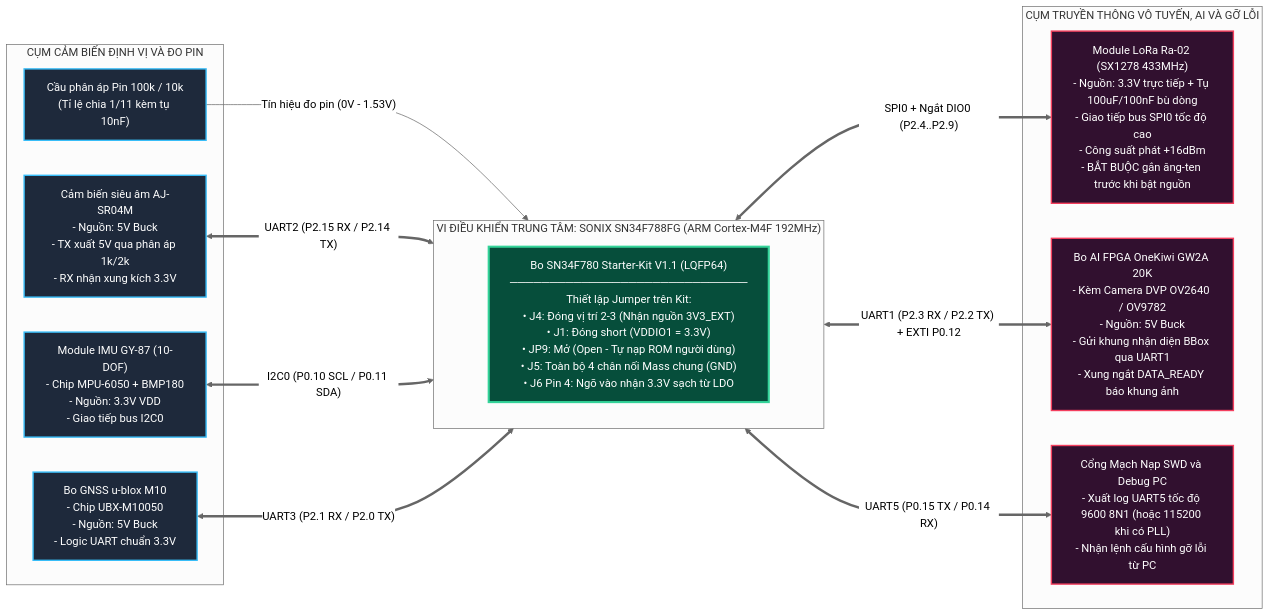
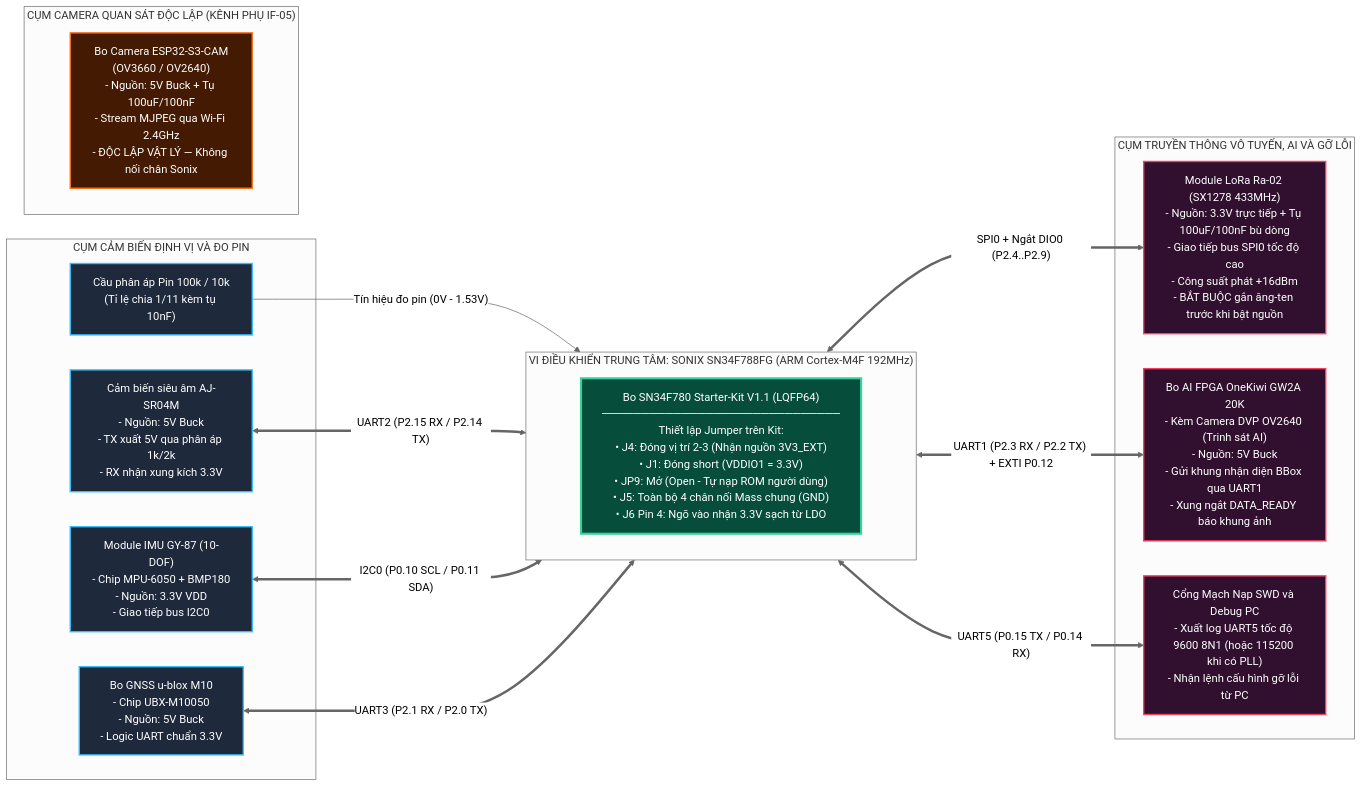
The first of 10 diagrams in docs/hardware/wiring/KVC_CIRCUIT_SCHEMATIC_GUIDE.md (duyphong375/uav_payload), drawn with Mermaid (neutral theme) before and after one commit. The commit also changed other lines of this file and 50 other files, not shown here.

Commit message:
docs: bo Replay khoi UI, bo sung IF-05 ESP32-S3-CAM, dong bo trang thai ky thuat

````diff
--- a/docs/hardware/wiring/KVC_CIRCUIT_SCHEMATIC_GUIDE.md
+++ b/docs/hardware/wiring/KVC_CIRCUIT_SCHEMATIC_GUIDE.md
@@ -45,48 +48,55 @@
 ```mermaid
 flowchart LR
     %% KHỐI BÊN TRÁI: CẢM BIẾN & ĐO PIN
     subgraph LEFT_SIDE ["CỤM CẢM BIẾN ĐỊNH VỊ VÀ ĐO PIN"]
         BAT_DIV["Cầu phân áp Pin 100k / 10k<br/>(Tỉ lệ chia 1/11 kèm tụ 10nF)"]
 
         US_MOD["Cảm biến siêu âm AJ-SR04M<br/>- Nguồn: 5V Buck<br/>- TX xuất 5V qua phân áp 1k/2k<br/>- RX nhận xung kích 3.3V"]
 
         IMU_MOD["Module IMU GY-87 (10-DOF)<br/>- Chip MPU-6050 + BMP180<br/>- Nguồn: 3.3V VDD<br/>- Giao tiếp bus I2C0"]
 
         GPS_MOD["Bo GNSS u-blox M10<br/>- Chip UBX-M10050<br/>- Nguồn: 5V Buck<br/>- Logic UART chuẩn 3.3V"]
     end
 
     %% KHỐI TRUNG TÂM: VI ĐIỀU KHIỂN SONIX
     subgraph CENTER_MCU ["VI ĐIỀU KHIỂN TRUNG TÂM: SONIX SN34F788FG (ARM Cortex-M4F 192MHz)"]
         direction TB
         MCU["Bo SN34F780 Starter-Kit V1.1 (LQFP64)<br/>──────────────────────────────<br/>Thiết lập Jumper trên Kit:<br/>• J4: Đóng vị trí 2-3 (Nhận nguồn 3V3_EXT)<br/>• J1: Đóng short (VDDIO1 = 3.3V)<br/>• JP9: Mở (Open - Tự nạp ROM người dùng)<br/>• J5: Toàn bộ 4 chân nối Mass chung (GND)<br/>• J6 Pin 4: Ngõ vào nhận 3.3V sạch từ LDO"]
     end
 
     %% KHỐI BÊN PHẢI: TRUYỀN THÔNG, AI & DEBUG
     subgraph RIGHT_SIDE ["CỤM TRUYỀN THÔNG VÔ TUYẾN, AI VÀ GỠ LỖI"]
         LORA_MOD["Module LoRa Ra-02 (SX1278 433MHz)<br/>- Nguồn: 3.3V trực tiếp + Tụ 100uF/100nF bù dòng<br/>- Giao tiếp bus SPI0 tốc độ cao<br/>- Công suất phát +16dBm<br/>- BẮT BUỘC gắn ăng-ten trước khi bật nguồn"]
 
-        FPGA_MOD["Bo AI FPGA OneKiwi GW2A 20K<br/>- Kèm Camera DVP OV2640 / OV9782<br/>- Nguồn: 5V Buck<br/>- Gửi khung nhận diện BBox qua UART1<br/>- Xung ngắt DATA_READY báo khung ảnh"]
+        FPGA_MOD["Bo AI FPGA OneKiwi GW2A 20K<br/>- Kèm Camera DVP OV2640 (Trinh sát AI)<br/>- Nguồn: 5V Buck<br/>- Gửi khung nhận diện BBox qua UART1<br/>- Xung ngắt DATA_READY báo khung ảnh"]
 
         DEBUG_MOD["Cổng Mạch Nạp SWD và Debug PC<br/>- Xuất log UART5 tốc độ 9600 8N1 (hoặc 115200 khi có PLL)<br/>- Nhận lệnh cấu hình gỡ lỗi từ PC"]
+    end
+
+    %% KHỐI ĐỘC LẬP: CAMERA QUAN SÁT PHỤ
+    subgraph S3_SIDE ["CỤM CAMERA QUAN SÁT ĐỘC LẬP (KÊNH PHỤ IF-05)"]
+        S3CAM_MOD["Bo Camera ESP32-S3-CAM<br/>(OV3660 / OV2640)<br/>- Nguồn: 5V Buck + Tụ 100uF/100nF<br/>- Stream MJPEG qua Wi-Fi 2.4GHz<br/>- ĐỘC LẬP VẬT LÝ — Không nối chân Sonix"]
     end
 
     %% ĐƯỜNG KẾT NỐI TÍN HIỆU TỪ TRÁI VÀO MCU
     BAT_DIV -->|"Tín hiệu đo pin (0V - 1.53V)"| MCU
     US_MOD <==>|"UART2 (P2.15 RX / P2.14 TX)"| MCU
     IMU_MOD <===>|"I2C0 (P0.10 SCL / P0.11 SDA)"| MCU
     GPS_MOD <===>|"UART3 (P2.1 RX / P2.0 TX)"| MCU
 
     %% ĐƯỜNG KẾT NỐI TÍN HIỆU TỪ MCU SANG PHẢI
     MCU <===>|"SPI0 + Ngắt DIO0 (P2.4..P2.9)"| LORA_MOD
     MCU <===>|"UART1 (P2.3 RX / P2.2 TX) + EXTI P0.12"| FPGA_MOD
     MCU <===>|"UART5 (P0.15 TX / P0.14 RX)"| DEBUG_MOD
 
     %% ĐỊNH DẠNG MÀU SẮC TƯƠNG PHẢN CAO (HIGH CONTRAST CHO CẢ DARK & LIGHT MODE)
     classDef mcuBox fill:#064e3b,stroke:#34d399,stroke-width:3px,color:#ffffff;
     classDef leftBox fill:#1e293b,stroke:#38bdf8,stroke-width:2px,color:#ffffff;
     classDef rightBox fill:#31102f,stroke:#f43f5e,stroke-width:2px,color:#ffffff;
+    classDef s3Box fill:#451a03,stroke:#f97316,stroke-width:2px,color:#ffffff;
 
     class MCU mcuBox;
     class BAT_DIV,US_MOD,IMU_MOD,GPS_MOD leftBox;
     class LORA_MOD,FPGA_MOD,DEBUG_MOD rightBox;
+    class S3CAM_MOD s3Box;
 ```
````
